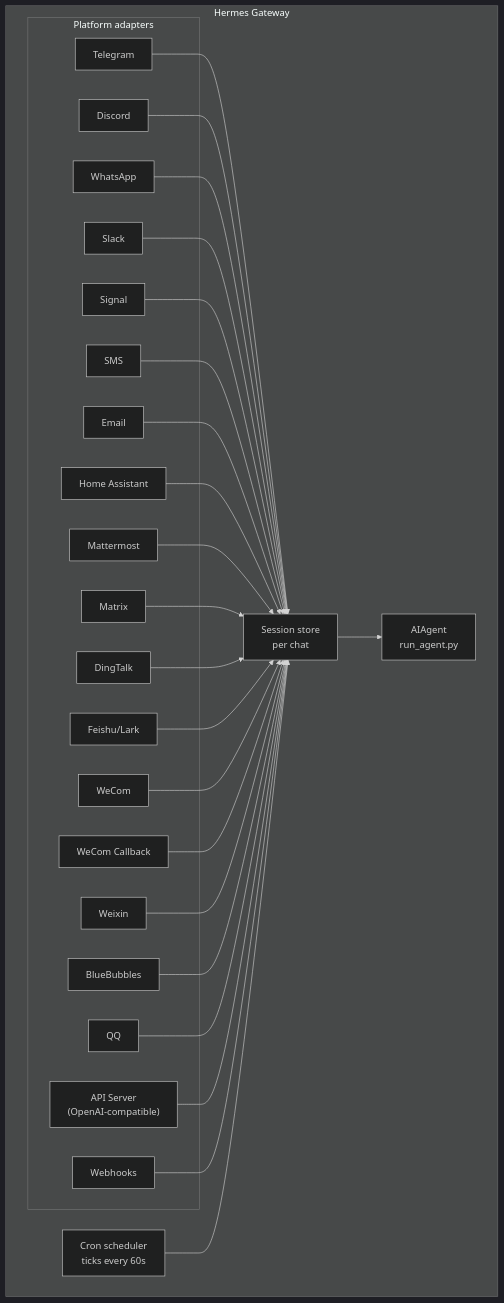
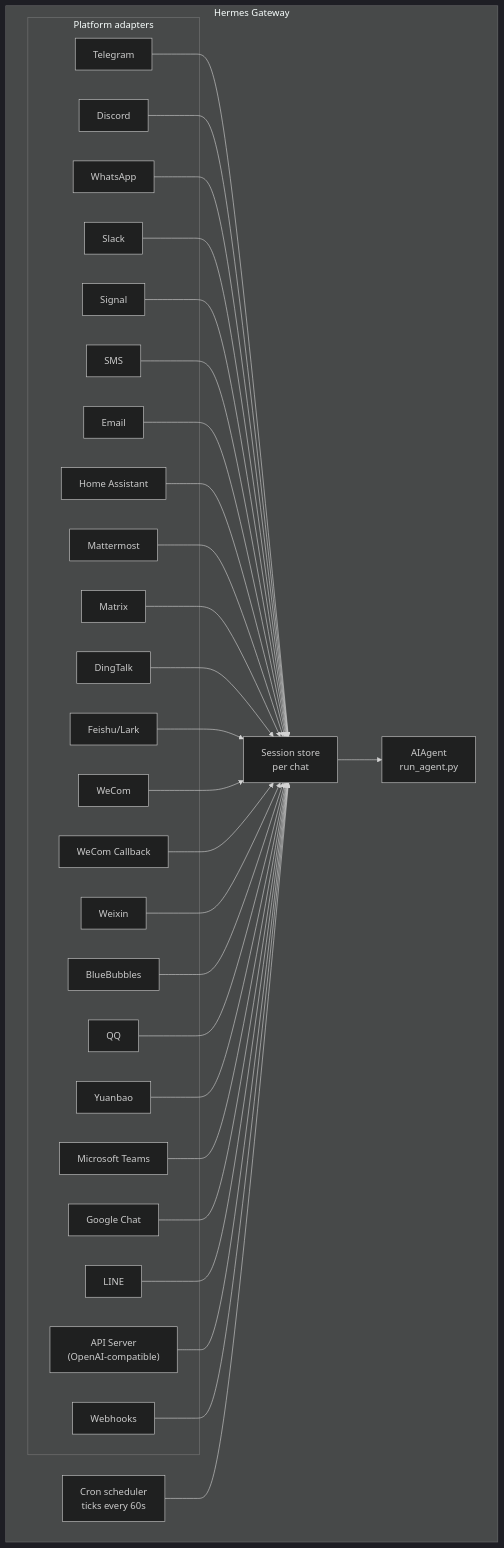
The diagram in messaging/README.md (mudrii/hermes-agent-docs), drawn with Mermaid (dark theme) before and after one commit. The commit also changed other lines of this file and 22 other files, not shown here.

````diff
--- a/messaging/README.md
+++ b/messaging/README.md
@@ -39,52 +39,60 @@
 ```mermaid
 flowchart TB
     subgraph Gateway["Hermes Gateway"]
         subgraph Adapters["Platform adapters"]
             tg[Telegram]
             dc[Discord]
             wa[WhatsApp]
             sl[Slack]
             sig[Signal]
             sms[SMS]
             em[Email]
             ha[Home Assistant]
             mm[Mattermost]
             mx[Matrix]
             dt[DingTalk]
     fs[Feishu/Lark]
     wc[WeCom]
     wcb[WeCom Callback]
-    wx[Weixin]
-    bb[BlueBubbles]
-    qq[QQ]
+            wx[Weixin]
+            bb[BlueBubbles]
+            qq[QQ]
+            yb[Yuanbao]
+            teams[Microsoft Teams]
+            gchat[Google Chat]
+            line[LINE]
             api["API Server<br/>(OpenAI-compatible)"]
             wh[Webhooks]
         end
 
         store["Session store<br/>per chat"]
         agent["AIAgent<br/>run_agent.py"]
         cron["Cron scheduler<br/>ticks every 60s"]
     end
 
     tg --> store
     dc --> store
     wa --> store
     sl --> store
     sig --> store
     sms --> store
     em --> store
     ha --> store
     mm --> store
     mx --> store
     dt --> store
     fs --> store
     wc --> store
     wcb --> store
     wx --> store
     bb --> store
     qq --> store
+    yb --> store
+    teams --> store
+    gchat --> store
+    line --> store
     api --> store
     wh --> store
     store --> agent
     cron --> store
 ```
````
